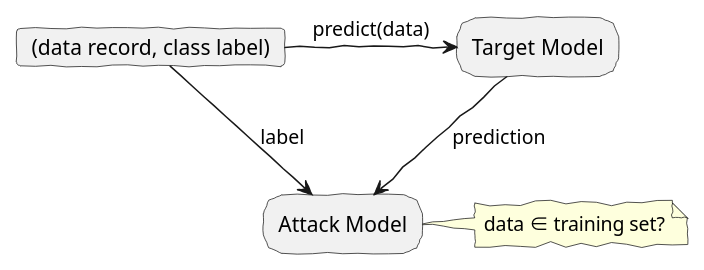
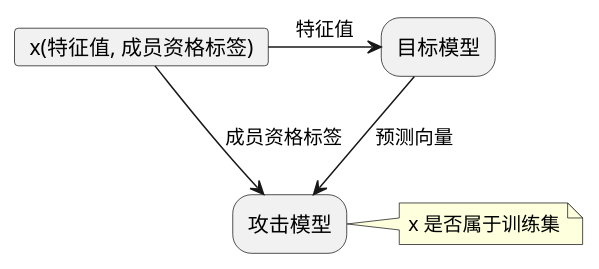
Before and after one commit to gongzhimin/Membership-Inference-Attack-in-Federated-Learning: the diagram in report/imgs/membership_inference_attack_model.puml, drawn with PlantUML. The commit also changed 8 other files, not shown here.

```diff
--- a/report/imgs/membership_inference_attack_model.puml
+++ b/report/imgs/membership_inference_attack_model.puml
@@ -1,15 +1,25 @@
 @startuml membership_inference_attack_model
-skinparam handwritten true
+' skinparam handwritten true
 skinparam rectangle {
     RoundCorner 25
 }
-rectangle "Target Model" as tm
-rectangle "Attack Model" as am
-note right: data ∈ training set?
-card "(data record, class label)" as record {
+' rectangle "Target Model" as tm
+' rectangle "Attack Model" as am
+' note right: data ∈ training set?
+' card "(data record, class label)" as record {
+    
+' }
+' record -right-> tm : "predict(data)"
+' record -down-> am : "label"
+' tm --> am : prediction
+
+rectangle 目标模型 as tm
+rectangle 攻击模型 as am
+note right: x 是否属于训练集
+card "x(特征值, 成员资格标签)" as record {
     
 }
-record -right-> tm : "predict(data)"
-record -down-> am : "label"
-tm --> am : prediction
+record -right-> tm : "特征值"
+record -down-> am : "成员资格标签"
+tm -down-> am : 预测向量
 @enduml
```
